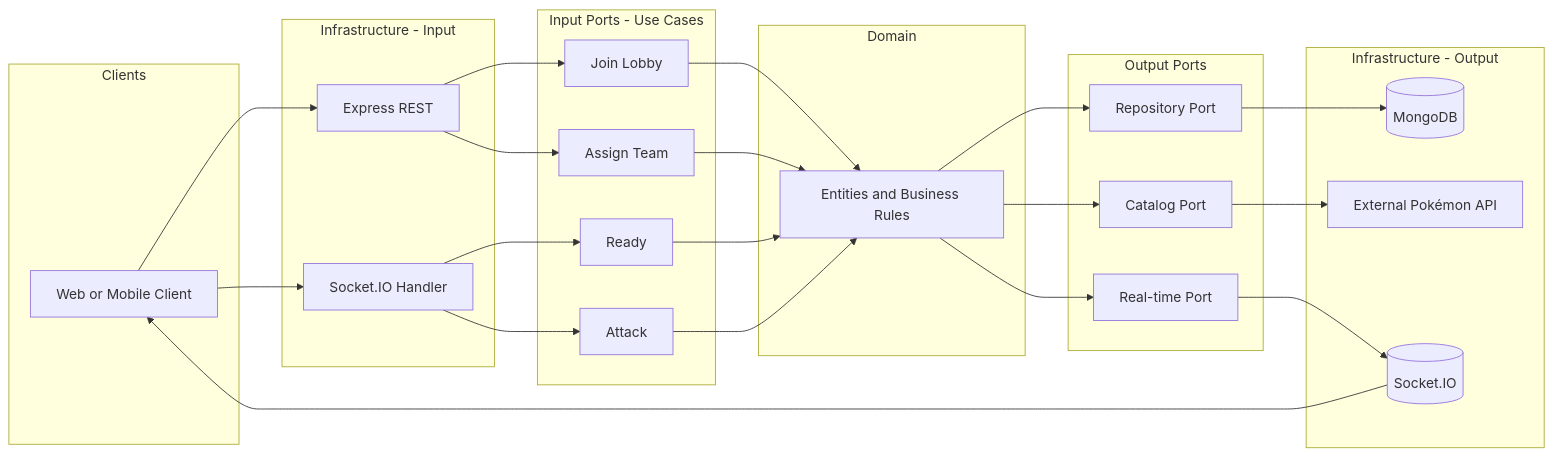
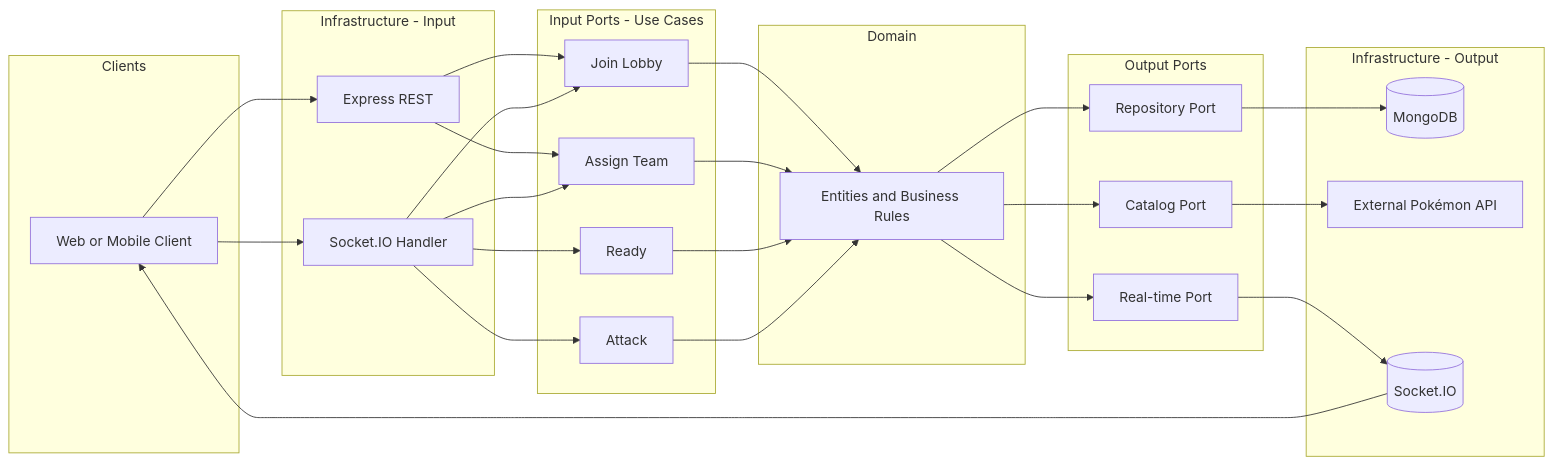
The diagram in docs/architecture.md (vcoromero/pokepvp), drawn with Mermaid before and after one commit. The commit also changed 19 other files, not shown here.

````diff
--- a/docs/architecture.md
+++ b/docs/architecture.md
@@ -87,52 +87,54 @@
 ```mermaid
 flowchart LR
   subgraph clients [Clients]
     WebClient[Web or Mobile Client]
   end
 
   subgraph infrastructure [Infrastructure - Input]
     ExpressREST[Express REST]
     SocketIOHandler[Socket.IO Handler]
   end
 
   subgraph inputPorts [Input Ports - Use Cases]
     JoinLobby[Join Lobby]
     AssignTeam[Assign Team]
     Ready[Ready]
     Attack[Attack]
   end
 
   subgraph domain [Domain]
     Entities[Entities and Business Rules]
   end
 
   subgraph outputPorts [Output Ports]
     RepoPort[Repository Port]
     CatalogPort[Catalog Port]
     RealtimePort[Real-time Port]
   end
 
   subgraph outputInfra [Infrastructure - Output]
     MongoDB[(MongoDB)]
     ExternalAPI[External Pokémon API]
     SocketIO[(Socket.IO)]
   end
 
   WebClient --> ExpressREST
   WebClient --> SocketIOHandler
   ExpressREST --> JoinLobby
   ExpressREST --> AssignTeam
+  SocketIOHandler --> JoinLobby
+  SocketIOHandler --> AssignTeam
   SocketIOHandler --> Ready
   SocketIOHandler --> Attack
   JoinLobby --> Entities
   AssignTeam --> Entities
   Ready --> Entities
   Attack --> Entities
   Entities --> RepoPort
   Entities --> CatalogPort
   Entities --> RealtimePort
   RepoPort --> MongoDB
   CatalogPort --> ExternalAPI
   RealtimePort --> SocketIO
   SocketIO --> WebClient
 ```
````
